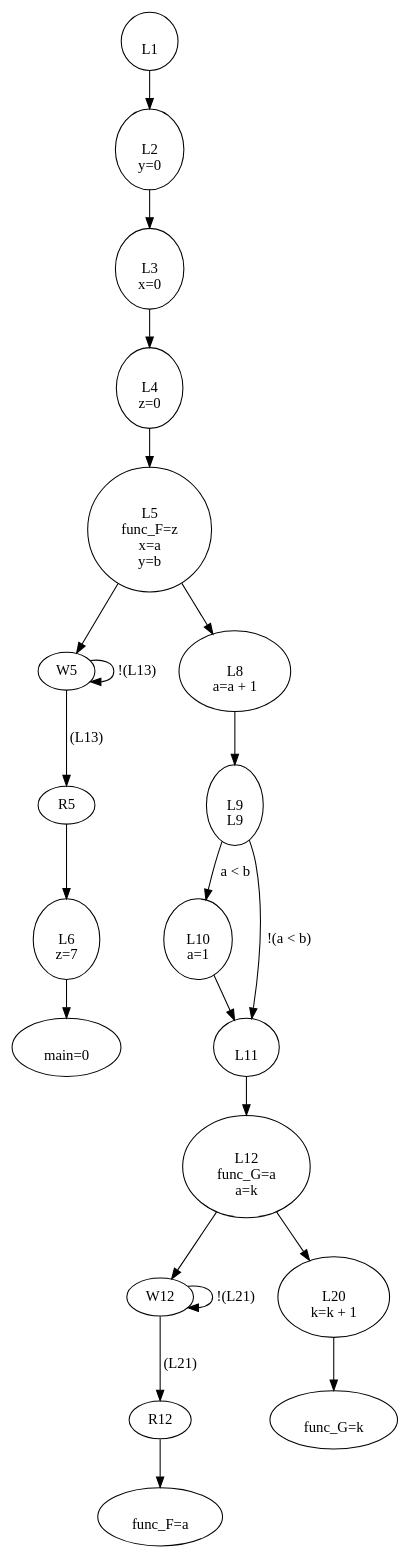
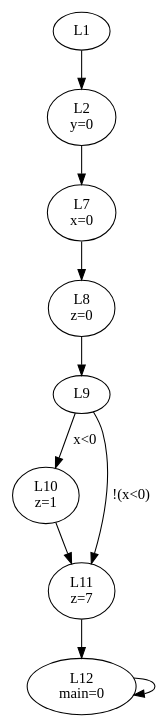
Before and after one commit to Zzephaniahh/SoLVe: the diagram in test_file.gv, drawn with Graphviz. The commit also changed 30 other files, not shown here.

```diff
--- a/test_file.gv
+++ b/test_file.gv
@@ -1,90 +1,34 @@
 // test_file
 digraph {
-	1 -> 2 [label=""]
-	1 [label="
-L1
-"]
-	2 -> 3 [label=""]
-	2 [label="
-L2
+	L1 -> L2 [label=""]
+	L1 [label=L1
+]
+	L2 -> L7 [label=""]
+	L2 [label="L2
 y=0
 "]
-	3 -> 4 [label=""]
-	3 [label="
-L3
+	L7 -> L8 [label=""]
+	L7 [label="L7
 x=0
 "]
-	4 -> 5 [label=""]
-	4 [label="
-L4
+	L8 -> L9 [label=""]
+	L8 [label="L8
 z=0
 "]
-	5 -> W5 [label=""]
-	5 -> 8 [label=""]
-	5 [label="
-L5
-func_F=z
-x=a
-y=b
+	L9 -> L10 [label="x<0"]
+	L9 -> L11 [label="!(x<0)"]
+	L9 [label=L9
+]
+	L10 -> L11 [label=""]
+	L10 [label="L10
+z=1
 "]
-	W5 -> R5 [label="(L13)"]
-	W5 -> W5 [label="!(L13)"]
-	W5 [label=W5
-]
-	R5 -> 6 [label=""]
-	R5 [label=R5
-]
-	6 -> 7 [label=""]
-	6 [label="
-L6
+	L11 -> L12 [label=""]
+	L11 [label="L11
 z=7
 "]
-	8 -> 9 [label=""]
-	8 [label="
-L8
-a=a + 1
-"]
-	9 -> 10 [label="a < b"]
-	9 -> 11 [label="!(a < b)"]
-	9 [label="
-L9
-L9
-"]
-	10 -> 11 [label=""]
-	10 [label="
-L10
-a=1
-"]
-	11 -> 12 [label=""]
-	11 [label="
-L11
-"]
-	12 -> W12 [label=""]
-	12 -> 20 [label=""]
-	12 [label="
-L12
-func_G=a
-a=k
-"]
-	W12 -> R12 [label="(L21)"]
-	W12 -> W12 [label="!(L21)"]
-	W12 [label=W12
-]
-	R12 -> 13 [label=""]
-	R12 [label=R12
-]
-	13 [label="
-func_F=a
-"]
-	20 -> 21 [label=""]
-	20 [label="
-L20
-k=k + 1
-"]
-	21 [label="
-func_G=k
-"]
-	7 [label="
+	L12 -> L12 [label=""]
+	L12 [label="L12
 main=0
 "]
 }
```
